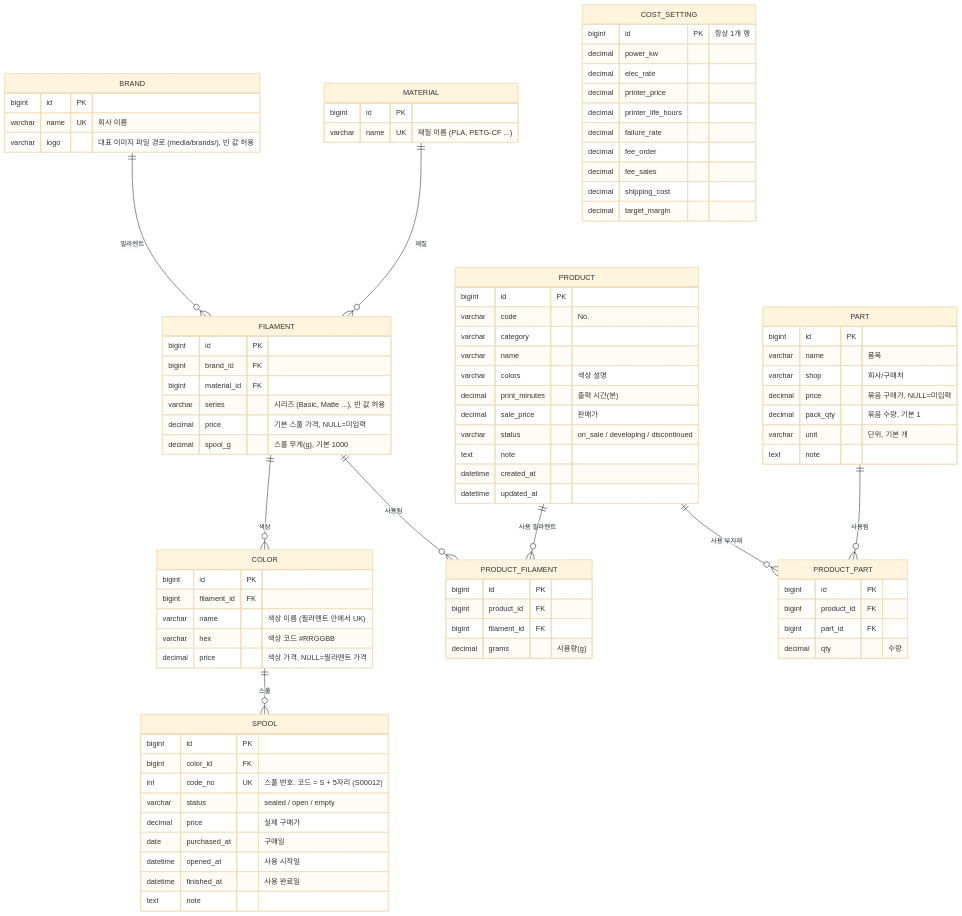
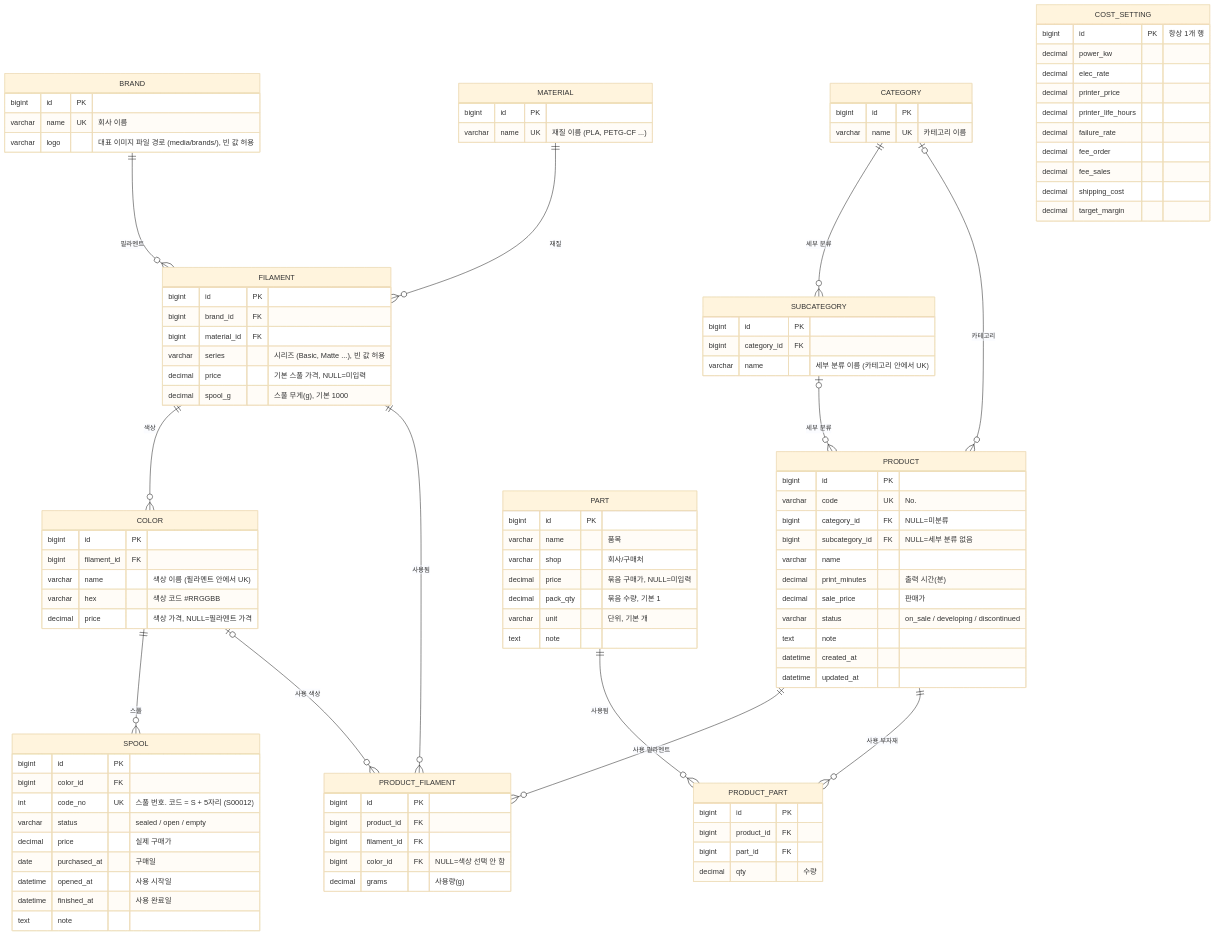
Before and after one commit to probeV/3D-Farm-Farm: the diagram in docs/ERD.md, drawn with Mermaid (base theme). The commit also changed other lines of this file and 10 other files, not shown here.

```diff
--- a/docs/ERD.md
+++ b/docs/ERD.md
@@ -10,8 +10,12 @@
     MATERIAL ||--o{ FILAMENT : "재질"
     FILAMENT ||--o{ COLOR : "색상"
     COLOR ||--o{ SPOOL : "스풀"
+    CATEGORY ||--o{ SUBCATEGORY : "세부 분류"
+    CATEGORY |o--o{ PRODUCT : "카테고리"
+    SUBCATEGORY |o--o{ PRODUCT : "세부 분류"
     PRODUCT ||--o{ PRODUCT_FILAMENT : "사용 필라멘트"
     FILAMENT ||--o{ PRODUCT_FILAMENT : "사용됨"
+    COLOR |o--o{ PRODUCT_FILAMENT : "사용 색상"
     PRODUCT ||--o{ PRODUCT_PART : "사용 부자재"
     PART ||--o{ PRODUCT_PART : "사용됨"
 
@@ -59,12 +63,21 @@
         varchar unit "단위, 기본 개"
         text note
     }
+    CATEGORY {
+        bigint id PK
+        varchar name UK "카테고리 이름"
+    }
+    SUBCATEGORY {
+        bigint id PK
+        bigint category_id FK
+        varchar name "세부 분류 이름 (카테고리 안에서 UK)"
+    }
     PRODUCT {
         bigint id PK
-        varchar code "No."
-        varchar category
+        varchar code UK "No."
+        bigint category_id FK "NULL=미분류"
+        bigint subcategory_id FK "NULL=세부 분류 없음"
         varchar name
-        varchar colors "색상 설명"
         decimal print_minutes "출력 시간(분)"
         decimal sale_price "판매가"
         varchar status "on_sale / developing / discontinued"
@@ -76,6 +89,7 @@
         bigint id PK
         bigint product_id FK
         bigint filament_id FK
+        bigint color_id FK "NULL=색상 선택 안 함"
         decimal grams "사용량(g)"
     }
     PRODUCT_PART {
```
